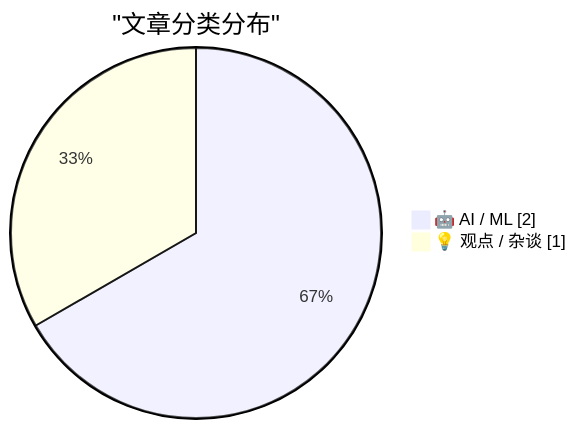
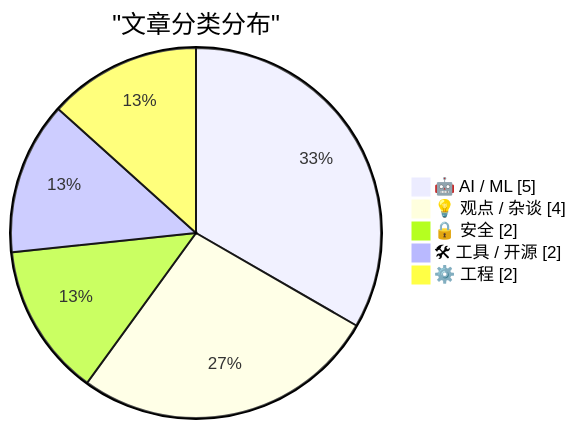
Before and after one commit to NicCraver/ai-daily-digest-web: the first of 2 diagrams in data/digest-20260422.md, drawn with Mermaid. The commit also changed other lines of this file and 2 other files, not shown here.

````diff
--- a/data/digest-20260422.md
+++ b/data/digest-20260422.md
@@ -53,6 +53,9 @@
 ```mermaid
 pie showData
     title "文章分类分布"
-    "🤖 AI / ML" : 2
-    "💡 观点 / 杂谈" : 1
+    "🤖 AI / ML" : 5
+    "💡 观点 / 杂谈" : 4
+    "🔒 安全" : 2
+    "🛠 工具 / 开源" : 2
+    "⚙️ 工程" : 2
 ```
````
